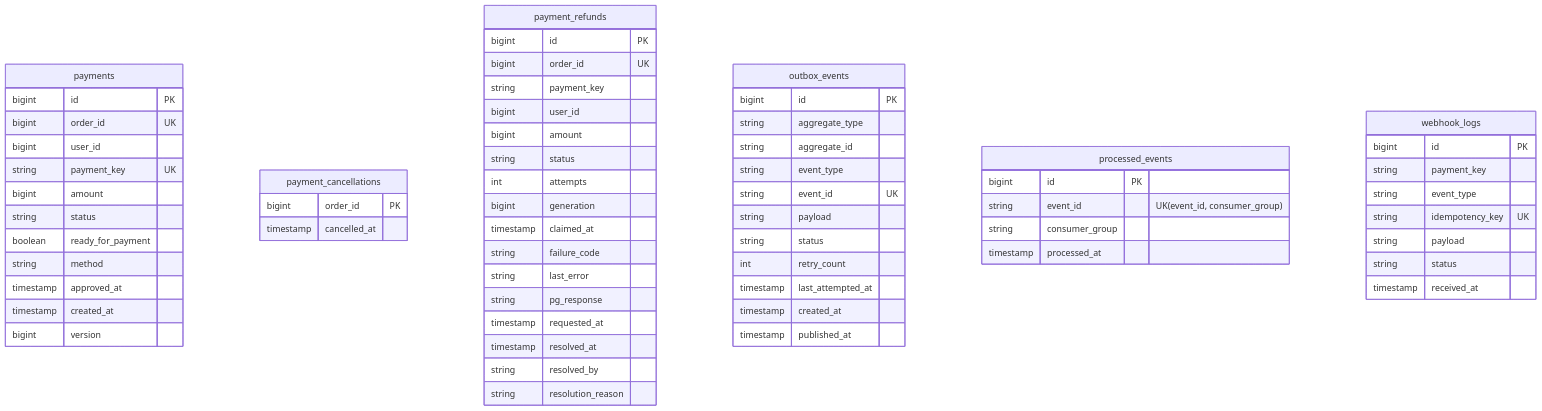
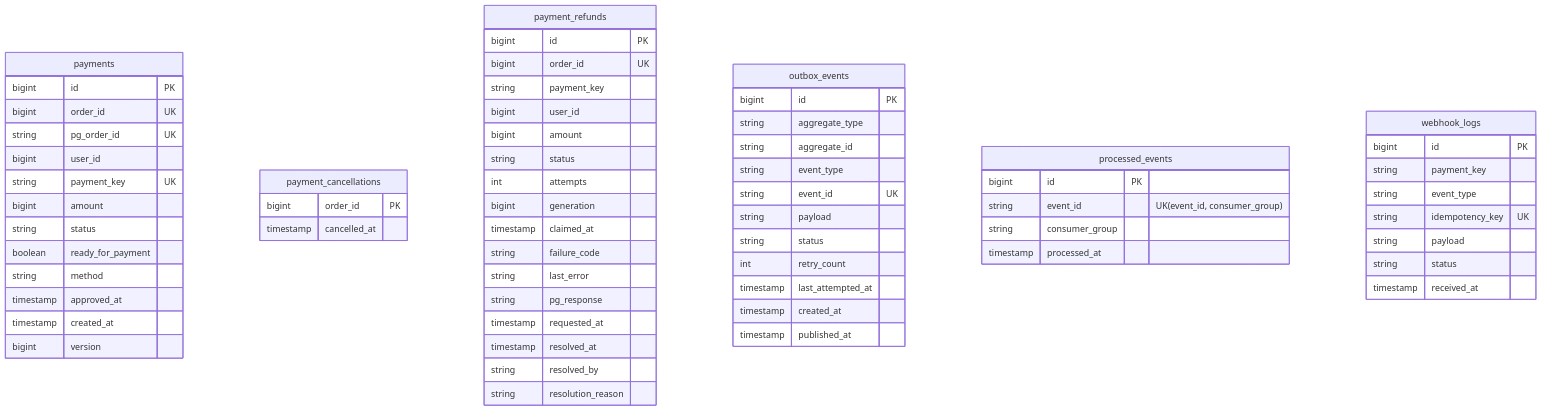
The fourth of 5 diagrams in docs/05-data-design.md (Kimgyuilli/PeekCart), drawn with Mermaid before and after one commit. The commit also changed other lines of this file and 3 other files, not shown here.

````diff
--- a/docs/05-data-design.md
+++ b/docs/05-data-design.md
@@ -206,66 +206,67 @@
 ```mermaid
 erDiagram
   payments {
     bigint id PK
     bigint order_id UK
+    string pg_order_id UK
     bigint user_id
     string payment_key UK
     bigint amount
     string status
     boolean ready_for_payment
     string method
     timestamp approved_at
     timestamp created_at
     bigint version
   }
   payment_cancellations {
     bigint order_id PK
     timestamp cancelled_at
   }
   payment_refunds {
     bigint id PK
     bigint order_id UK
     string payment_key
     bigint user_id
     bigint amount
     string status
     int attempts
     bigint generation
     timestamp claimed_at
     string failure_code
     string last_error
     string pg_response
     timestamp requested_at
     timestamp resolved_at
     string resolved_by
     string resolution_reason
   }
   outbox_events {
     bigint id PK
     string aggregate_type
     string aggregate_id
     string event_type
     string event_id UK
     string payload
     string status
     int retry_count
     timestamp last_attempted_at
     timestamp created_at
     timestamp published_at
   }
   processed_events {
     bigint id PK
     string event_id "UK(event_id, consumer_group)"
     string consumer_group
     timestamp processed_at
   }
   webhook_logs {
     bigint id PK
     string payment_key
     string event_type
     string idempotency_key UK
     string payload
     string status
     timestamp received_at
   }
 ```
````
